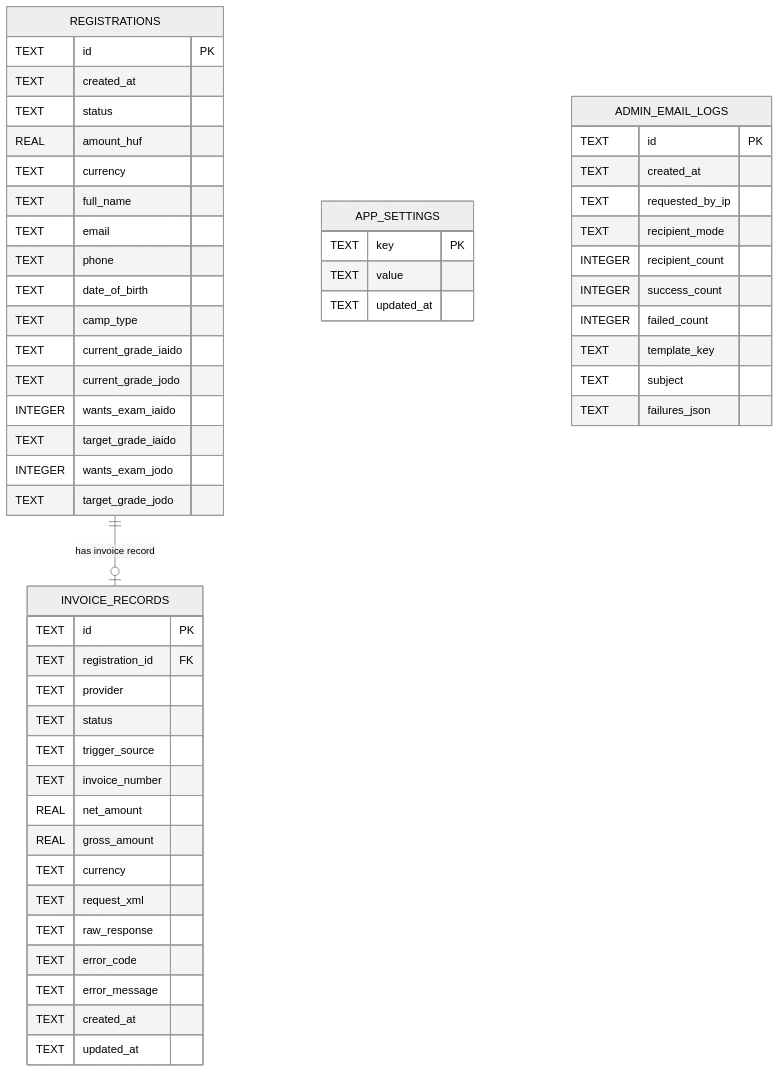
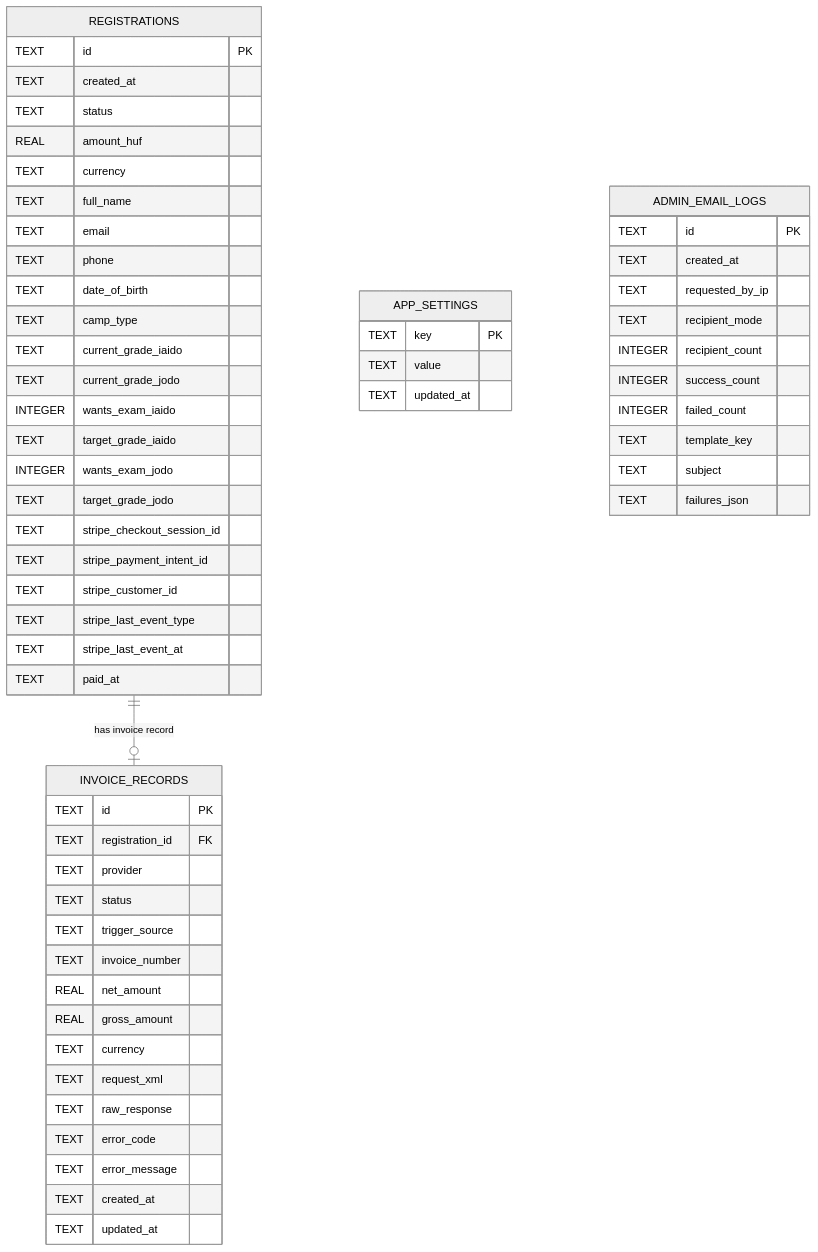
One commit to adorjanszeles/iaido-camp changed the diagram in README.md. Above: the diagram before and after it, drawn with Mermaid (neutral theme). The commit also changed other lines of this file and 5 other files, not shown here.

Commit message:
Fix Stripe status sync and add email-based retry payment flow

````diff
--- a/README.md
+++ b/README.md
@@ -193,60 +197,66 @@
 ```mermaid
 erDiagram
     REGISTRATIONS {
         TEXT id PK
         TEXT created_at
         TEXT status
         REAL amount_huf
         TEXT currency
         TEXT full_name
         TEXT email
         TEXT phone
         TEXT date_of_birth
         TEXT camp_type
         TEXT current_grade_iaido
         TEXT current_grade_jodo
         INTEGER wants_exam_iaido
         TEXT target_grade_iaido
         INTEGER wants_exam_jodo
         TEXT target_grade_jodo
+        TEXT stripe_checkout_session_id
+        TEXT stripe_payment_intent_id
+        TEXT stripe_customer_id
+        TEXT stripe_last_event_type
+        TEXT stripe_last_event_at
+        TEXT paid_at
     }
 
     INVOICE_RECORDS {
         TEXT id PK
         TEXT registration_id FK
         TEXT provider
         TEXT status
         TEXT trigger_source
         TEXT invoice_number
         REAL net_amount
         REAL gross_amount
         TEXT currency
         TEXT request_xml
         TEXT raw_response
         TEXT error_code
         TEXT error_message
         TEXT created_at
         TEXT updated_at
     }
 
     APP_SETTINGS {
         TEXT key PK
         TEXT value
         TEXT updated_at
     }
 
     ADMIN_EMAIL_LOGS {
         TEXT id PK
         TEXT created_at
         TEXT requested_by_ip
         TEXT recipient_mode
         INTEGER recipient_count
         INTEGER success_count
         INTEGER failed_count
         TEXT template_key
         TEXT subject
         TEXT failures_json
     }
 
     REGISTRATIONS ||--o| INVOICE_RECORDS : "has invoice record"
 ```
````
